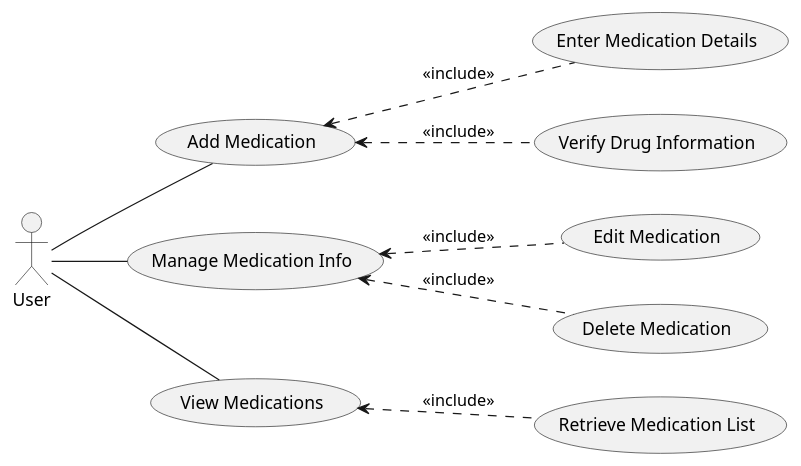
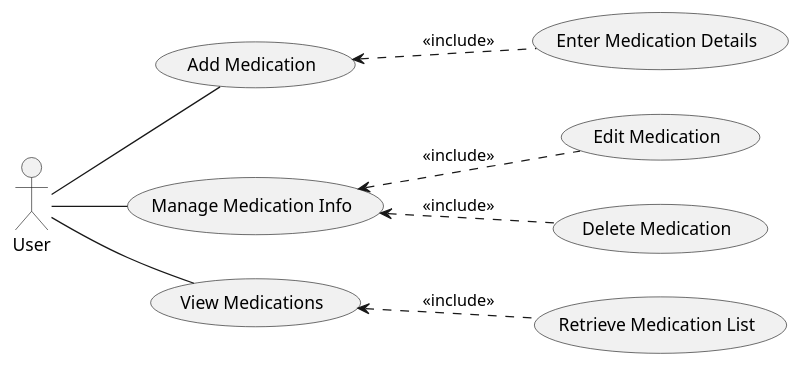
One commit to Tribak77/lancement-fil-rouge changed the diagram in Sprints/sprint1.puml. Above: the diagram before and after it, drawn with PlantUML. The commit also changed 2 other files, not shown here.

```diff
--- a/Sprints/sprint1.puml
+++ b/Sprints/sprint1.puml
@@ -1,18 +1,17 @@
 @startuml sprint 1
 left to right direction
 
 actor "User" as user
 
 user -- (Add Medication)
 user -- (Manage Medication Info)
 user -- (View Medications)
 
 (Add Medication) <.. (Enter Medication Details) : <<include>>
-(Add Medication) <.. (Verify Drug Information) : <<include>>
 
 (Manage Medication Info) <.. (Edit Medication) : <<include>>
 (Manage Medication Info) <.. (Delete Medication) : <<include>>
 
 (View Medications) <.. (Retrieve Medication List) : <<include>>
 
 @enduml
```
